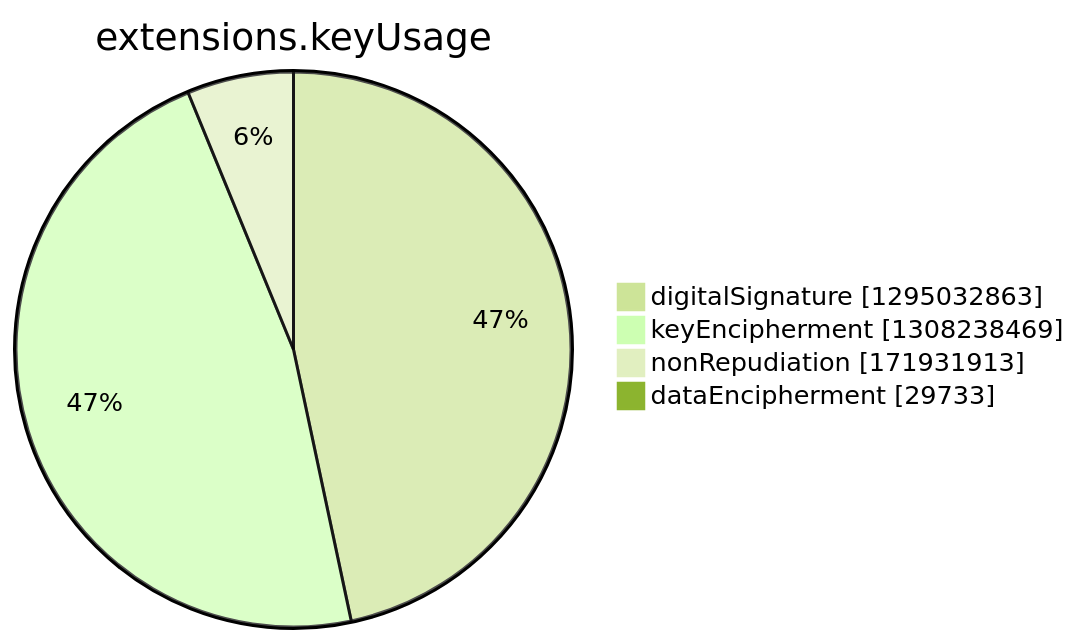
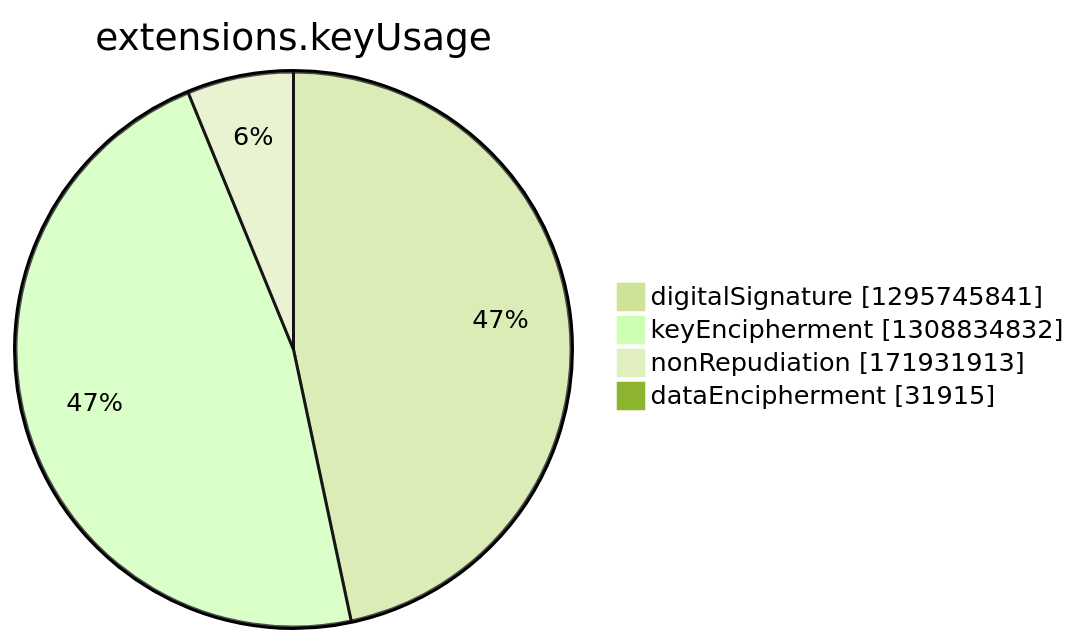
Before and after one commit to christiankrug/ctmonitor_visualization: the seventh of 15 diagrams in argon2022/README.md, drawn with Mermaid (forest theme). The commit also changed other lines of this file, not shown here.

````diff
--- a/argon2022/README.md
+++ b/argon2022/README.md
@@ -2749,8 +2749,8 @@
 ```mermaid
 pie showData
 title extensions.keyUsage
-"digitalSignature" :1295032863
-"keyEncipherment" :1308238469
+"digitalSignature" :1295745841
+"keyEncipherment" :1308834832
 "nonRepudiation" :171931913
-"dataEncipherment" :29733
+"dataEncipherment" :31915
 ```
````
